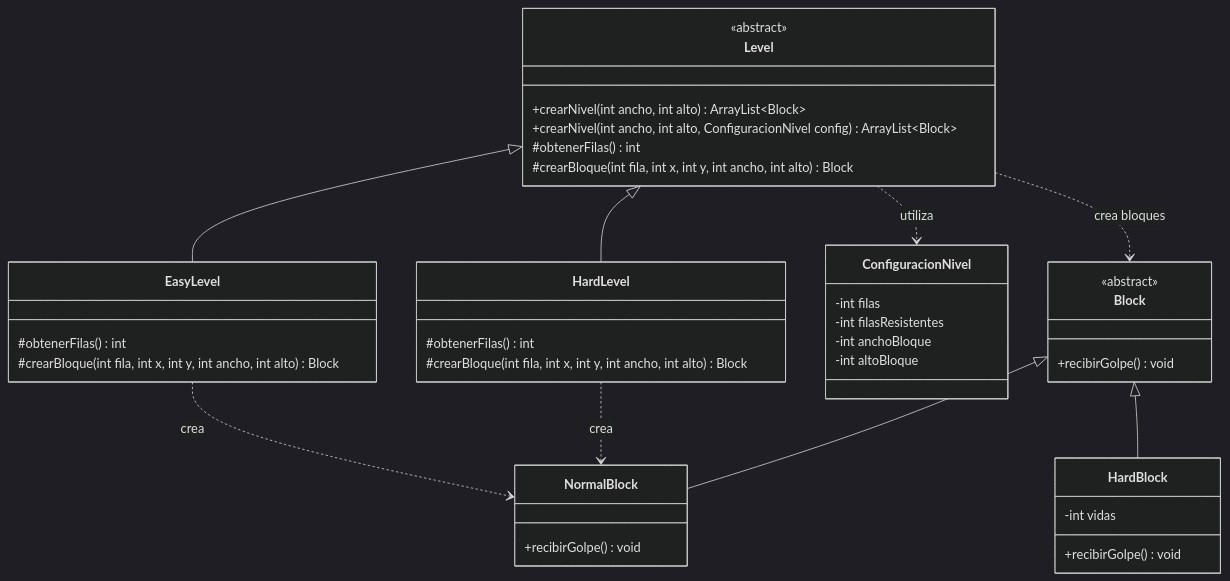
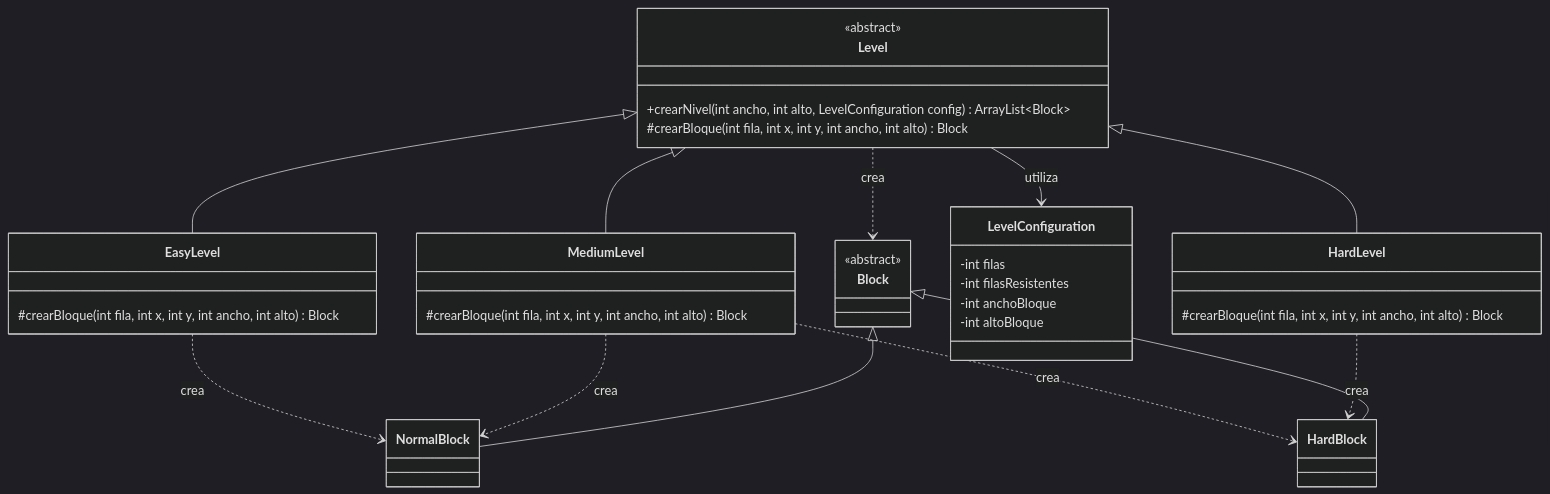
The third of 4 diagrams in patrones.md (Curruk/ProyectoBlockBreaker), drawn with Mermaid (dark theme) before and after one commit. The commit also changed other lines of this file, not shown here.

````diff
--- a/patrones.md
+++ b/patrones.md
@@ -84,52 +98,51 @@
 ```mermaid
 classDiagram
-    class Level {
-        <<abstract>>
-        +crearNivel(int ancho, int alto) ArrayList~Block~
-        +crearNivel(int ancho, int alto, ConfiguracionNivel config) ArrayList~Block~
-        #obtenerFilas() int
-        #crearBloque(int fila, int x, int y, int ancho, int alto) Block
-    }
+direction TB
 
-    class EasyLevel {
-        #obtenerFilas() int
-        #crearBloque(int fila, int x, int y, int ancho, int alto) Block
-    }
+class Level {
+    <<abstract>>
+    +crearNivel(int ancho, int alto, LevelConfiguration config) ArrayList~Block~
+    #crearBloque(int fila, int x, int y, int ancho, int alto) Block
+}
 
-    class HardLevel {
-        #obtenerFilas() int
-        #crearBloque(int fila, int x, int y, int ancho, int alto) Block
-    }
+class EasyLevel {
+    #crearBloque(int fila, int x, int y, int ancho, int alto) Block
+}
 
-    class Block {
-        <<abstract>>
-        +recibirGolpe() void
-    }
+class MediumLevel {
+    #crearBloque(int fila, int x, int y, int ancho, int alto) Block
+}
 
-    class NormalBlock {
-        +recibirGolpe() void
-    }
+class HardLevel {
+    #crearBloque(int fila, int x, int y, int ancho, int alto) Block
+}
 
-    class HardBlock {
-        -int vidas
-        +recibirGolpe() void
-    }
+class LevelConfiguration {
+    -int filas
+    -int filasResistentes
+    -int anchoBloque
+    -int altoBloque
+}
 
-    class ConfiguracionNivel {
-        -int filas
-        -int filasResistentes
-        -int anchoBloque
-        -int altoBloque
-    }
+class Block {
+    <<abstract>>
+}
 
-    Level <|-- EasyLevel
-    Level <|-- HardLevel
+class NormalBlock
+class HardBlock
 
-    Block <|-- NormalBlock
-    Block <|-- HardBlock
+Level <|-- EasyLevel
+Level <|-- MediumLevel
+Level <|-- HardLevel
 
-    Level ..> ConfiguracionNivel : utiliza
-    Level ..> Block : crea bloques
-    EasyLevel ..> NormalBlock : crea
-    HardLevel ..> NormalBlock : crea
+Level --> LevelConfiguration : utiliza
+Level ..> Block : crea
+
+EasyLevel ..> NormalBlock : crea
+MediumLevel ..> NormalBlock : crea
+MediumLevel ..> HardBlock : crea
+HardLevel ..> HardBlock : crea
+
+Block <|-- NormalBlock
+Block <|-- HardBlock
 ```
````
